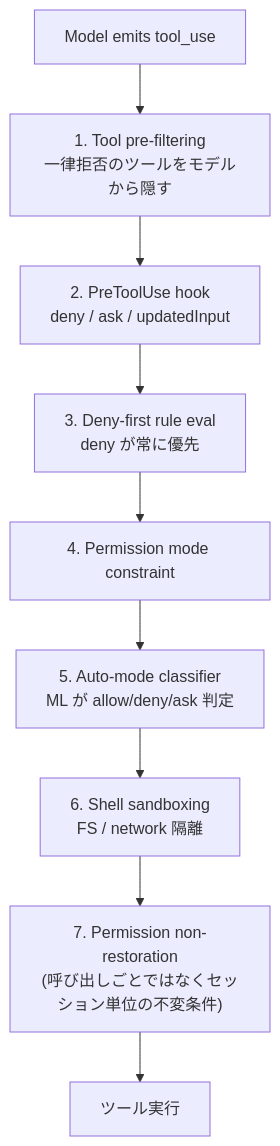
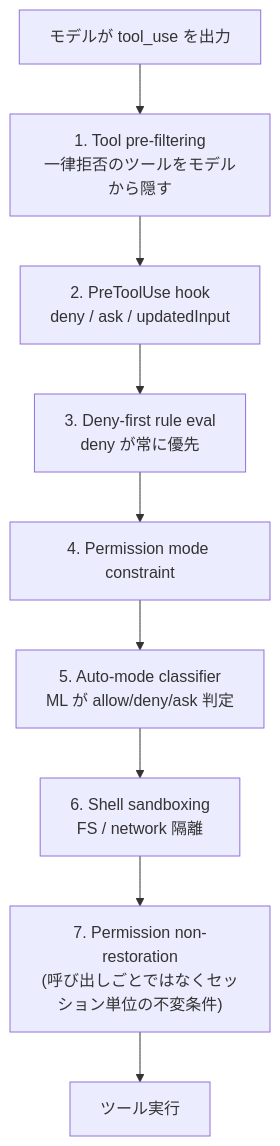
One commit to yoichiozaki/yoichiozaki.github.io changed the diagram in content/blog/ja/claude-code-design-space.mdx. Above: the diagram before and after it, drawn with Mermaid. The commit also changed other lines of this file and 220 other files, not shown here.

````diff
--- a/content/blog/ja/claude-code-design-space.mdx
+++ b/content/blog/ja/claude-code-design-space.mdx
@@ -142,11 +142,11 @@
 ```mermaid
 flowchart TD
-  M[Model emits tool_use] --> A["1. Tool pre-filtering<br/>一律拒否のツールをモデルから隠す"]
+  M[モデルが tool_use を出力] --> A["1. Tool pre-filtering<br/>一律拒否のツールをモデルから隠す"]
   A --> B["2. PreToolUse hook<br/>deny / ask / updatedInput"]
   B --> C["3. Deny-first rule eval<br/>deny が常に優先"]
   C --> D["4. Permission mode constraint"]
   D --> E["5. Auto-mode classifier<br/>ML が allow/deny/ask 判定"]
   E --> F["6. Shell sandboxing<br/>FS / network 隔離"]
   F --> G["7. Permission non-restoration<br/>(呼び出しごとではなくセッション単位の不変条件)"]
   G --> X[ツール実行]
 ```
````
